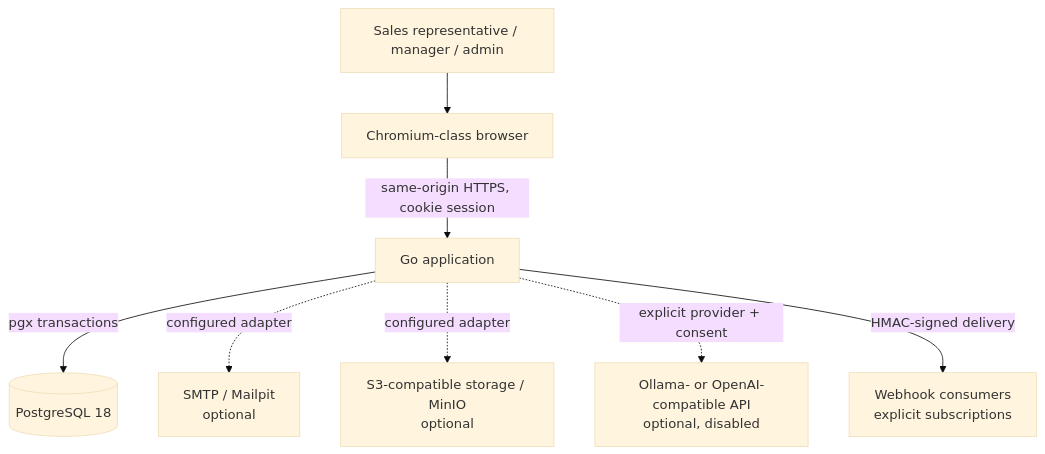
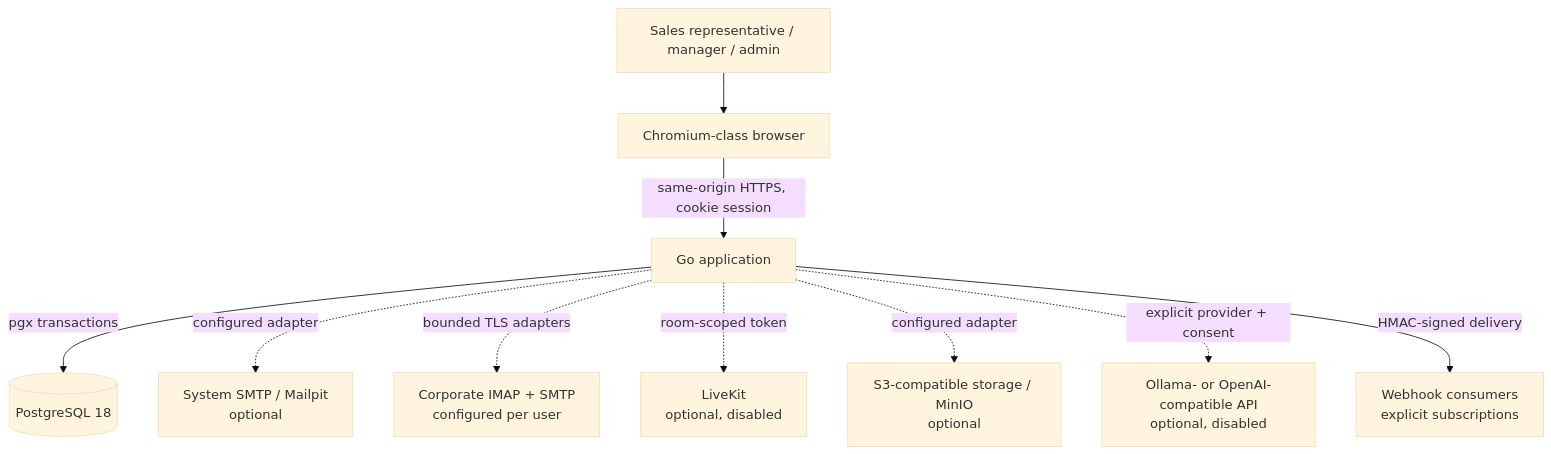
Before and after one commit to intrider-dev/veltrix-crm: the first of 4 diagrams in docs/ARCHITECTURE.md, drawn with Mermaid (base theme). The commit also changed other lines of this file and 26 other files, not shown here.

Commit message:
docs: update architecture and verified evidence

````diff
--- a/docs/ARCHITECTURE.md
+++ b/docs/ARCHITECTURE.md
@@ -18,19 +18,23 @@
 ```mermaid
 flowchart TB
   U[Sales representative / manager / admin]
   C[Chromium-class browser]
   A[Go application]
   D[(PostgreSQL 18)]
-  M[SMTP / Mailpit\noptional]
+  M[System SMTP / Mailpit\noptional]
+  CM[Corporate IMAP + SMTP\nconfigured per user]
+  LK[LiveKit\noptional, disabled]
   S[S3-compatible storage / MinIO\noptional]
   AI[Ollama- or OpenAI-compatible API\noptional, disabled]
   W[Webhook consumers\nexplicit subscriptions]
 
   U --> C
   C -->|same-origin HTTPS, cookie session| A
   A -->|pgx transactions| D
   A -. configured adapter .-> M
+  A -. bounded TLS adapters .-> CM
+  A -. room-scoped token .-> LK
   A -. configured adapter .-> S
   A -. explicit provider + consent .-> AI
   A -->|HMAC-signed delivery| W
 ```
````
